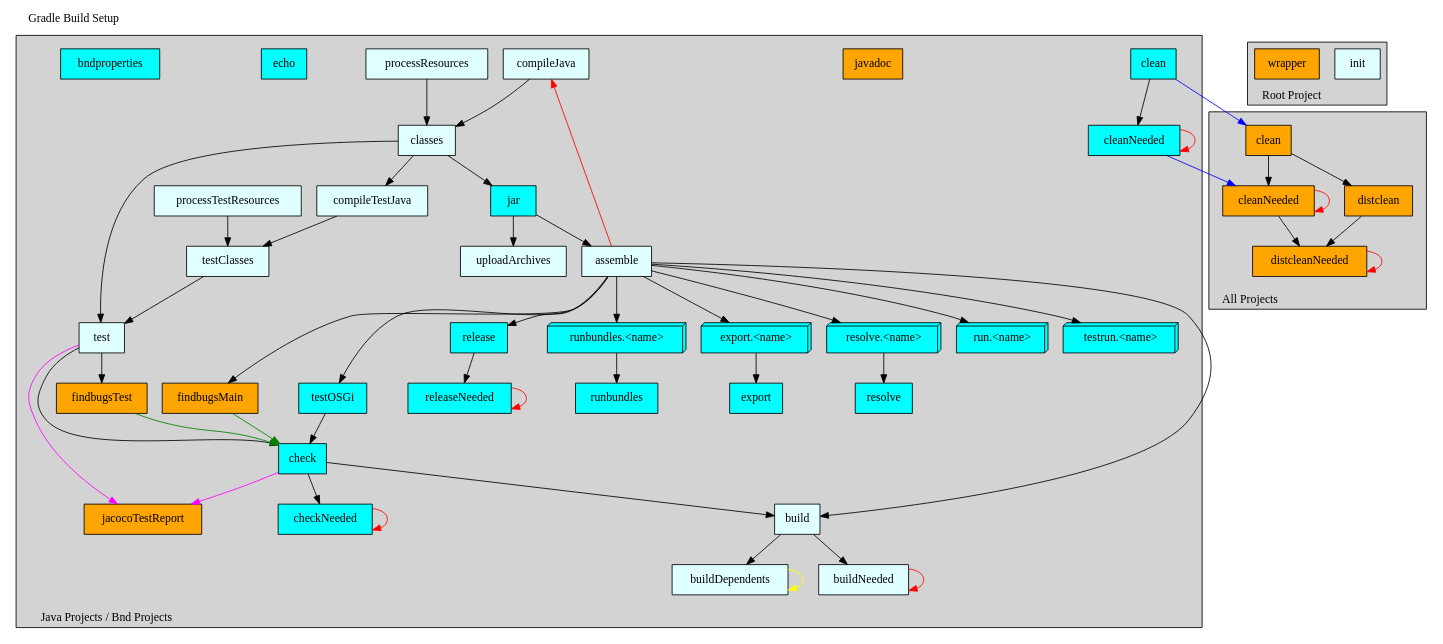
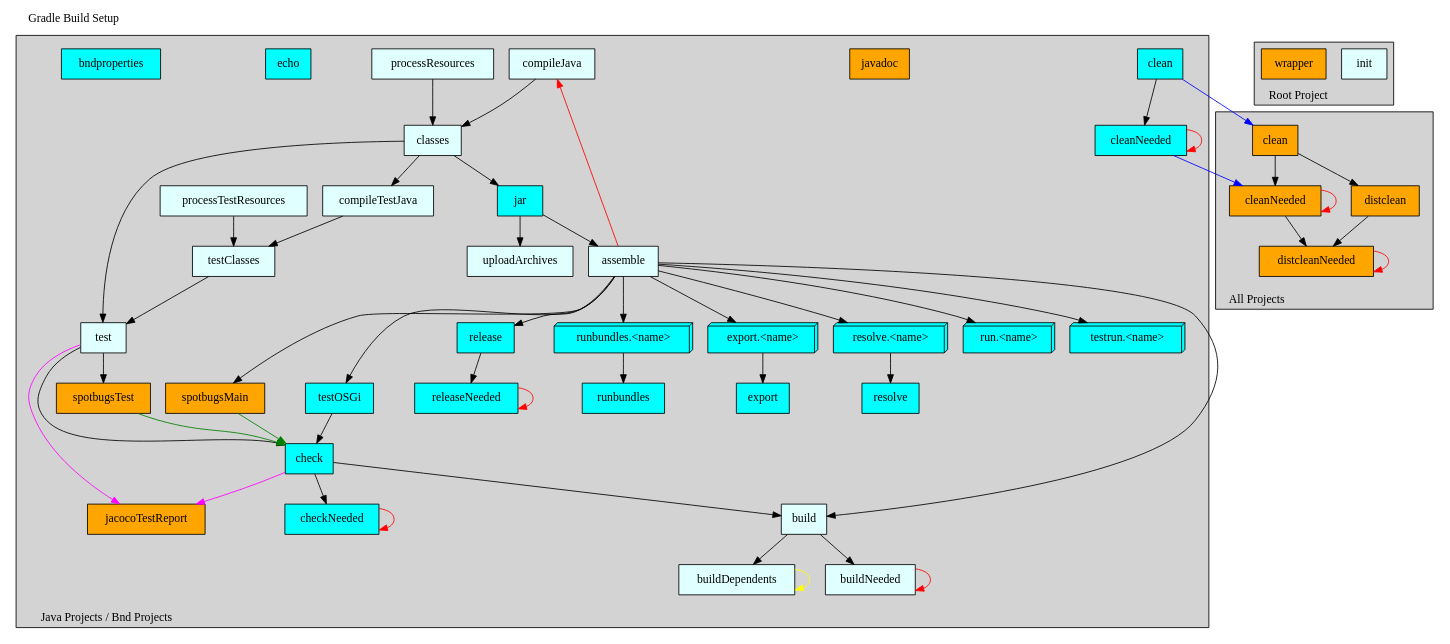
Before and after one commit to omokeri/nd_olsrd: the diagram in lib/info.java/cnf/gradle/doc/template.dot, drawn with Graphviz. The commit also changed 17 other files, not shown here.

```diff
--- a/lib/info.java/cnf/gradle/doc/template.dot
+++ b/lib/info.java/cnf/gradle/doc/template.dot
@@ -101,8 +101,8 @@
     subgraph cluster110 {
       label="";
       style=invis;
-      findbugsMain         [shape=box, style=filled, fillcolor=orange   , label="findbugsMain"        ]
-      findbugsTest         [shape=box, style=filled, fillcolor=orange   , label="findbugsTest"        ]
+      spotbugsMain         [shape=box, style=filled, fillcolor=orange   , label="spotbugsMain"        ]
+      spotbugsTest         [shape=box, style=filled, fillcolor=orange   , label="spotbugsTest"        ]
     }
 
     javadoc                [shape=box, style=filled, fillcolor=orange   , label="javadoc"             ]
@@ -150,10 +150,10 @@
     clean                  -> cleanNeeded
     cleanNeeded            -> cleanNeeded        [color=red   ]
 
-    assemble               -> findbugsMain
-    test                   -> findbugsTest
-    findbugsMain           -> check              [color=green ]
-    findbugsTest           -> check              [color=green ]
+    assemble               -> spotbugsMain
+    test                   -> spotbugsTest
+    spotbugsMain           -> check              [color=green ]
+    spotbugsTest           -> check              [color=green ]
     test                   -> jacocoTestReport   [color=magenta]
     check                  -> jacocoTestReport   [color=magenta]
   }
```
